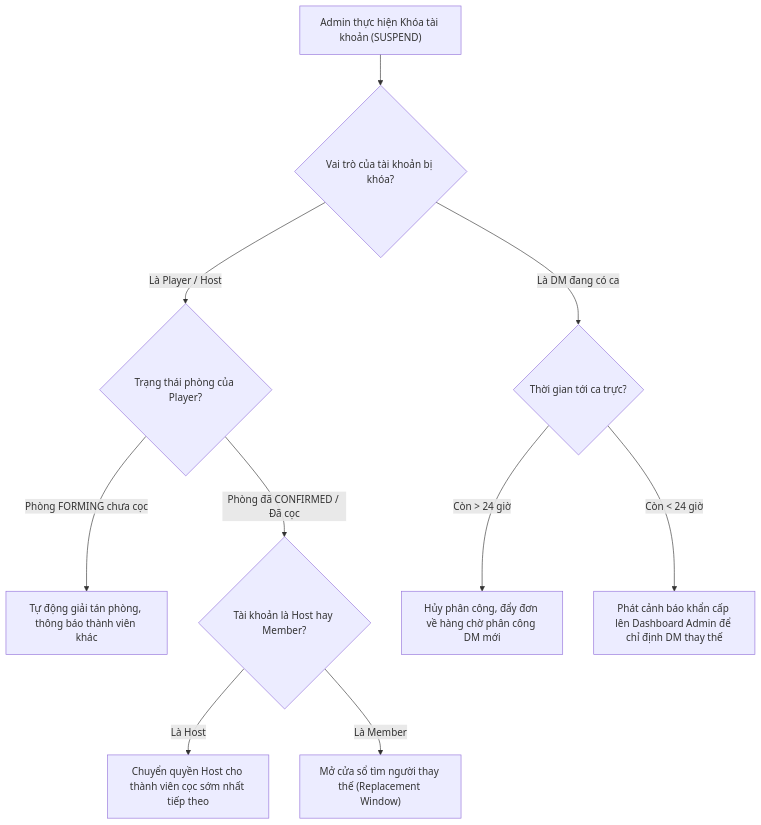
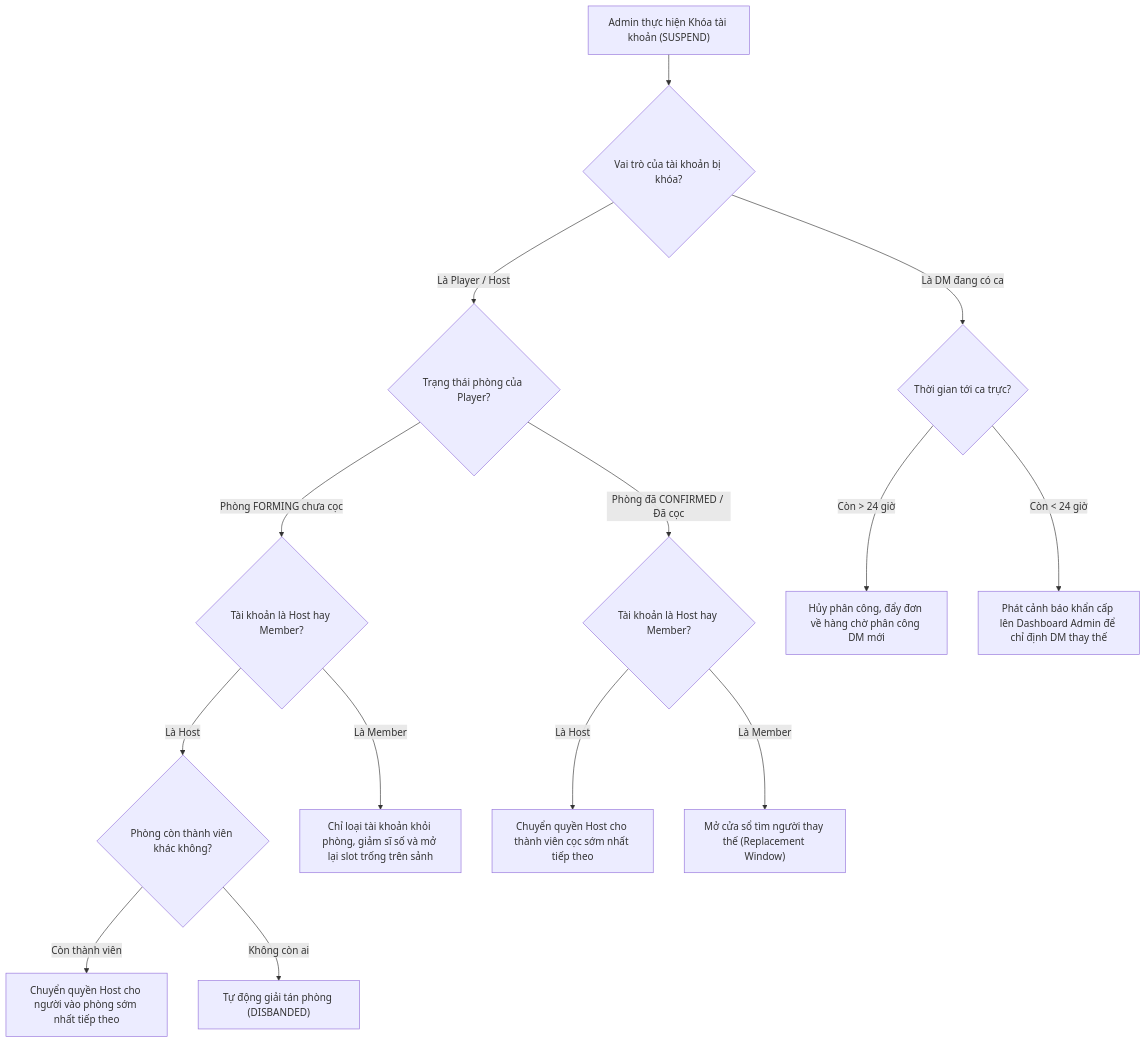
One commit to nguyenxuanhieu2903/kich-ban-sat-php changed the first of 5 diagrams in docs/TAI_LIEU_VAN_HANH_TOAN_DIEN_HE_THONG.md. Above: the diagram before and after it, drawn with Mermaid. The commit also changed other lines of this file and 1 other file, not shown here.

````diff
--- a/docs/TAI_LIEU_VAN_HANH_TOAN_DIEN_HE_THONG.md
+++ b/docs/TAI_LIEU_VAN_HANH_TOAN_DIEN_HE_THONG.md
@@ -67,14 +70,19 @@
 ```mermaid
 flowchart TD
     SuspendAction["Admin thực hiện Khóa tài khoản (SUSPEND)"] --> CheckRole{"Vai trò của tài khoản bị khóa?"}
     
     CheckRole -->|Là Player / Host| CheckPlayerState{"Trạng thái phòng của Player?"}
-    CheckPlayerState -->|Phòng FORMING chưa cọc| DisbandRoom["Tự động giải tán phòng, thông báo thành viên khác"]
+    CheckPlayerState -->|Phòng FORMING chưa cọc| CheckFormingRole{"Tài khoản là Host hay Member?"}
+    CheckFormingRole -->|Là Host| CheckRemain{"Phòng còn thành viên khác không?"}
+    CheckRemain -->|Còn thành viên| TransferHostForming["Chuyển quyền Host cho người vào phòng sớm nhất tiếp theo"]
+    CheckRemain -->|Không còn ai| DisbandRoom["Tự động giải tán phòng (DISBANDED)"]
+    CheckFormingRole -->|Là Member| RemoveMemberForming["Chỉ loại tài khoản khỏi phòng, giảm sĩ số và mở lại slot trống trên sảnh"]
+    
     CheckPlayerState -->|Phòng đã CONFIRMED / Đã cọc| CheckIsHost{"Tài khoản là Host hay Member?"}
     CheckIsHost -->|Là Host| TransferHost["Chuyển quyền Host cho thành viên cọc sớm nhất tiếp theo"]
     CheckIsHost -->|Là Member| OpenSub["Mở cửa sổ tìm người thay thế (Replacement Window)"]
     
     CheckRole -->|Là DM đang có ca| CheckDMAssign{"Thời gian tới ca trực?"}
     CheckDMAssign -->|Còn > 24 giờ| ReassignAuto["Hủy phân công, đẩy đơn về hàng chờ phân công DM mới"]
     CheckDMAssign -->|Còn < 24 giờ| AlertAdminUrgent["Phát cảnh báo khẩn cấp lên Dashboard Admin để chỉ định DM thay thế"]
 ```
````
